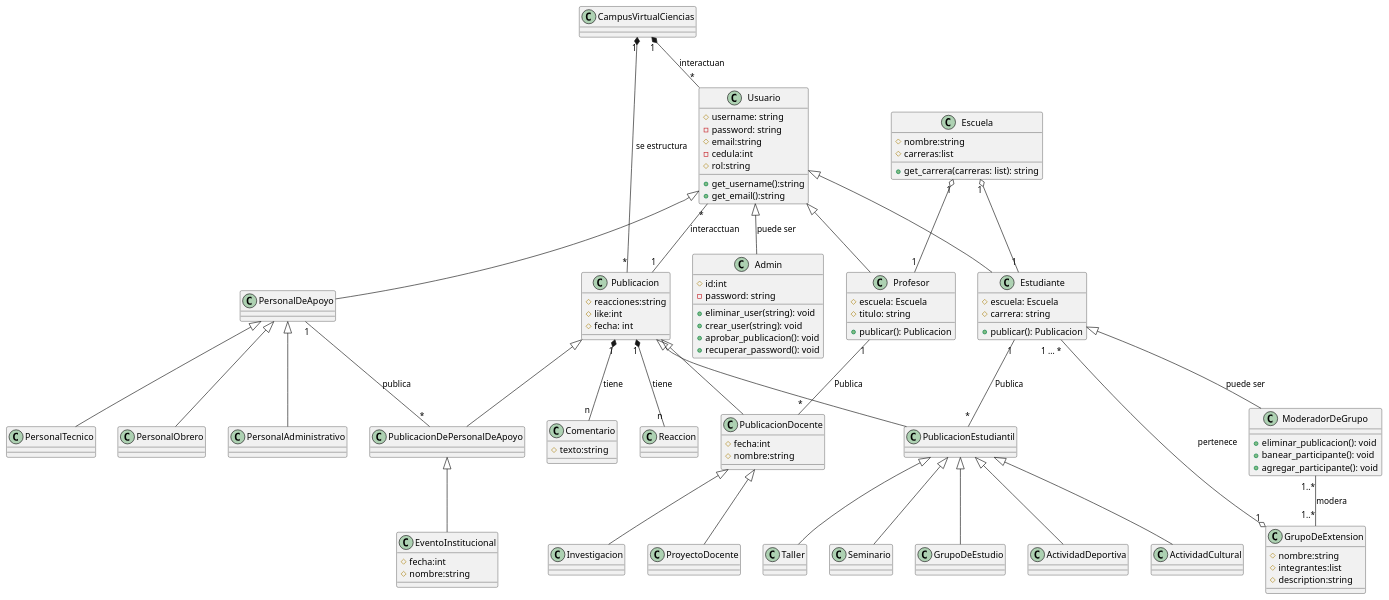
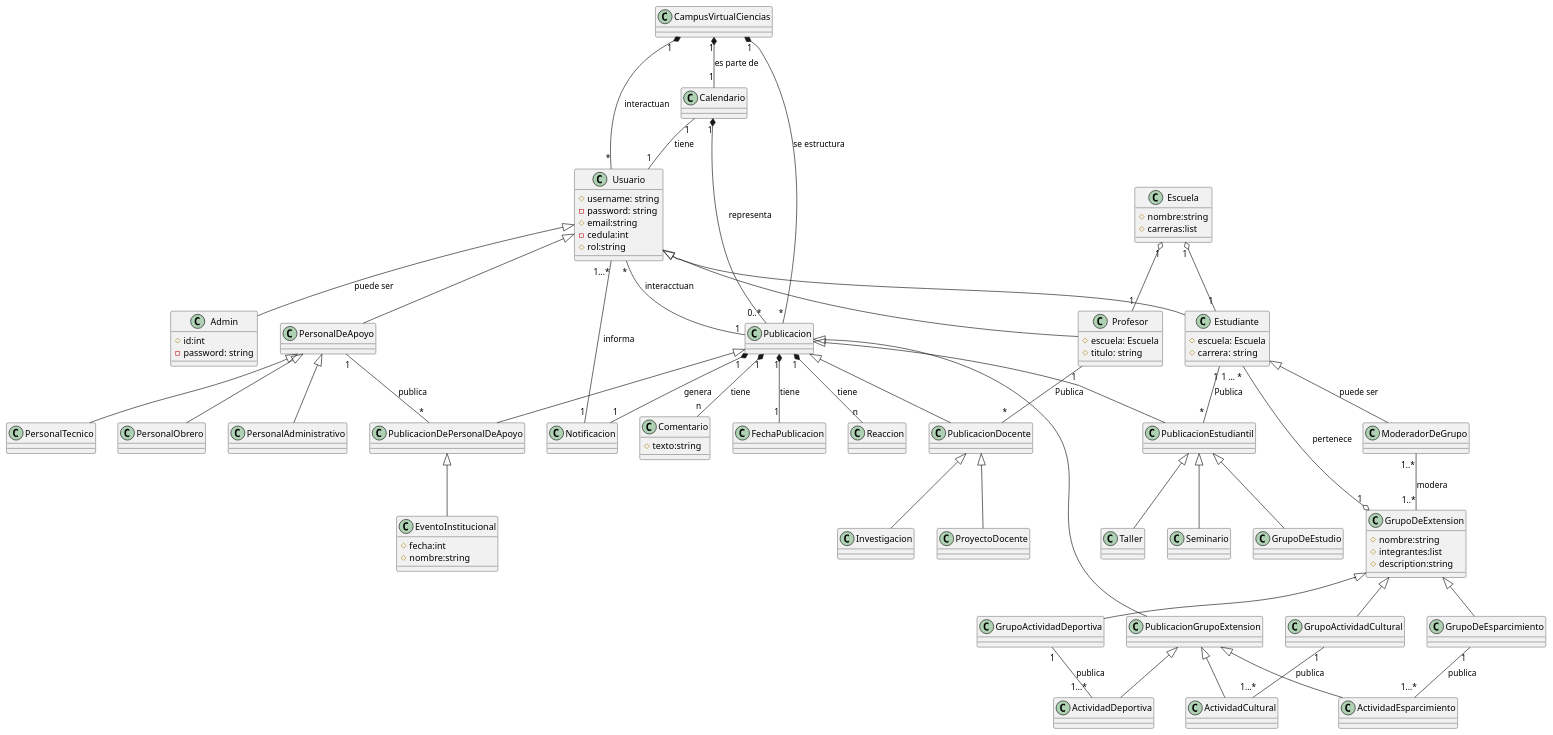
One commit to Jals7/Campus-Virtual-Ciencias changed the diagram in docs/scenariosView/ModeloDeDominioDiagramaDeClases.plantuml. Above: the diagram before and after it, drawn with PlantUML.

Commit message:
Agg diagrama de clases de entrega

```diff
--- a/docs/scenariosView/ModeloDeDominioDiagramaDeClases.plantuml
+++ b/docs/scenariosView/ModeloDeDominioDiagramaDeClases.plantuml
@@ -1,119 +1,132 @@
 @startuml Campus Virtual Ciencias
 class CampusVirtualCiencias
 class Usuario{
     #username: string
     -password: string
     #email:string
     -cedula:int
     #rol:string
-    +get_username():string
-    +get_email():string
 }
 class Estudiante{
     #escuela: Escuela
     #carrera: string
-    +publicar(): Publicacion
 }
 class Profesor{
     #escuela: Escuela
     #titulo: string
-    +publicar(): Publicacion
 }
 class PersonalDeApoyo{
 }
 class PersonalTecnico{
 }
 class PersonalObrero{
 }
 class PersonalAdministrativo{
 }
 class Publicacion{
-    #reacciones:string
-    #like:int
-    #fecha: int
 }
 class PublicacionEstudiantil{
 }
 class PublicacionDocente{
-    #fecha:int
-    #nombre:string
 }
 class PublicacionDePersonalDeApoyo{
+}
+class PublicacionGrupoExtension{
 }
 class Comentario{
     #texto:string
 }
 class EventoInstitucional{
     #fecha:int
     #nombre:string
 }
 class ProyectoDocente{
 }
 class Investigacion{
 }
 class Taller{
 }
 class Seminario{
 }
 class GrupoDeEstudio{
 }
 class ActividadDeportiva{
 }
 class ActividadCultural{
 }
 class Escuela{
     #nombre:string
     #carreras:list
-    +get_carrera(carreras: list): string
 }
 class Admin{
     #id:int
     -password: string
-    +eliminar_user(string): void
-    +crear_user(string): void
-    +aprobar_publicacion(): void
-    +recuperar_password(): void
 }
 class GrupoDeExtension{
     #nombre:string
     #integrantes:list
     #description:string
 }
+class GrupoActividadDeportiva{
+}
+class GrupoActividadCultural{
+}
 class ModeradorDeGrupo{
-    +eliminar_publicacion(): void
-    +banear_participante(): void
-    +agregar_participante(): void
+}
+class Calendario{
+}
+class GrupoDeEsparcimiento{
+}
+class ActividadEsparcimiento{
+}
+class FechaPublicacion {
+}
+class Notificacion {
 }
 
 CampusVirtualCiencias "1"  *-- "*" Publicacion : se estructura
 Publicacion "1" *-- "n" Reaccion : tiene
 Publicacion "1" *-- "n" Comentario : tiene 
 Publicacion <|--PublicacionEstudiantil
 Publicacion <|--PublicacionDocente
 Publicacion <|--PublicacionDePersonalDeApoyo
+Publicacion <|--PublicacionGrupoExtension
 Usuario "*" -- "1" Publicacion : interacctuan
 Estudiante "1" -- "*" PublicacionEstudiantil: Publica
 Profesor "1" -- "*" PublicacionDocente: Publica
 PersonalDeApoyo "1" -- "*" PublicacionDePersonalDeApoyo : publica
 PublicacionEstudiantil <|-- Taller 
 PublicacionEstudiantil <|-- Seminario 
 PublicacionEstudiantil <|-- GrupoDeEstudio 
-PublicacionEstudiantil <|-- ActividadDeportiva 
-PublicacionEstudiantil <|-- ActividadCultural
+PublicacionGrupoExtension <|-- ActividadDeportiva 
+PublicacionGrupoExtension <|-- ActividadCultural
+PublicacionGrupoExtension <|-- ActividadEsparcimiento
 Usuario <|-- Estudiante 
 Usuario <|-- Profesor 
 Usuario <|-- PersonalDeApoyo
 PersonalDeApoyo <|-- PersonalTecnico
 PersonalDeApoyo <|-- PersonalAdministrativo
 PersonalDeApoyo <|-- PersonalObrero
 PublicacionDocente <|-- ProyectoDocente
 PublicacionDocente <|-- Investigacion
 PublicacionDePersonalDeApoyo <|-- EventoInstitucional
 CampusVirtualCiencias "1" *-- "*" Usuario : interactuan
 Escuela "1" o-- "1" Estudiante
 Escuela "1" o-- "1" Profesor
 GrupoDeExtension "1" o-- "1 ... * " Estudiante : pertenece
 Usuario <|-- Admin : puede ser
 Estudiante <|-- ModeradorDeGrupo: puede ser
 ModeradorDeGrupo "1..*" -- "1..*" GrupoDeExtension: modera
+GrupoDeExtension <|-- GrupoActividadDeportiva 
+GrupoDeExtension <|-- GrupoActividadCultural
+GrupoActividadDeportiva "1" -- "1...*" ActividadDeportiva : publica
+GrupoActividadCultural "1" -- "1...*" ActividadCultural : publica
+Calendario "1" *-- "0..*" Publicacion : representa
+Calendario "1" -- "1" Usuario : tiene
+GrupoDeEsparcimiento "1" -- "1...*" ActividadEsparcimiento : publica
+GrupoDeExtension <|-- GrupoDeEsparcimiento
+CampusVirtualCiencias "1" *-- "1" Calendario : es parte de
+Publicacion "1" *-- "1" FechaPublicacion : tiene
+Publicacion "1" *-- "1"Notificacion : genera
+Notificacion "1" -- "1...*" Usuario: informa 
 @enduml
```
